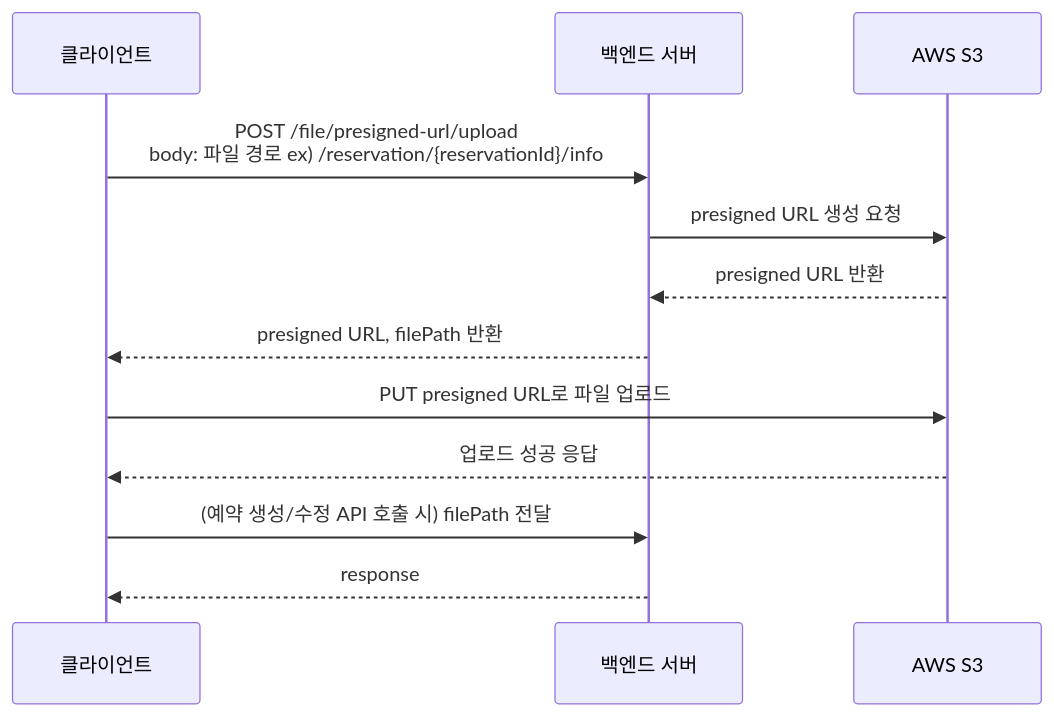
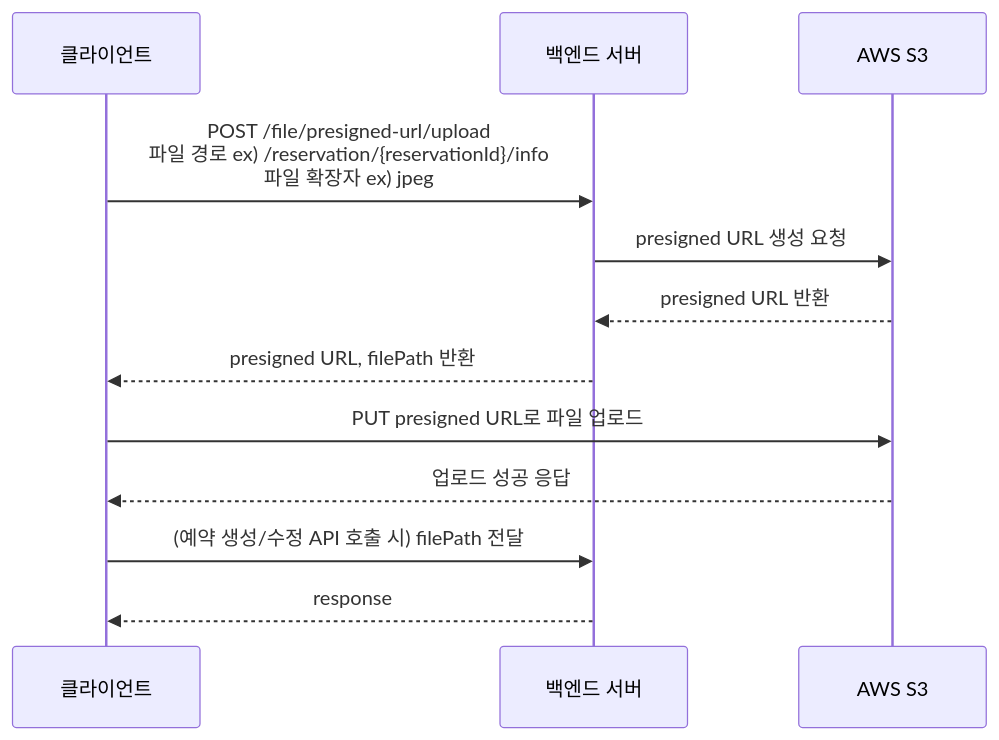
The first of 2 diagrams in docs/files.md (mash-up-kr/HGDGDS-Node), drawn with Mermaid before and after one commit. The commit also changed other lines of this file and 17 other files, not shown here.

````diff
--- a/docs/files.md
+++ b/docs/files.md
@@ -37,19 +37,19 @@
 ```mermaid
 
 sequenceDiagram
     participant Client as 클라이언트
     participant BE as 백엔드 서버
     participant S3 as AWS S3
 
     %% 업로드 플로우
-    Client->>BE: POST /file/presigned-url/upload <br/> body: 파일 경로 ex) /reservation/{reservationId}/info
+    Client->>BE: POST /file/presigned-url/upload <br/> 파일 경로 ex) /reservation/{reservationId}/info <br/> 파일 확장자 ex) jpeg
     BE->>S3: presigned URL 생성 요청
     S3-->>BE: presigned URL 반환
     BE-->>Client: presigned URL, filePath 반환
 
     Client->>S3: PUT presigned URL로 파일 업로드
     S3-->>Client: 업로드 성공 응답
 
     Client->>BE: (예약 생성/수정 API 호출 시) filePath 전달
     BE-->>Client: response
 ```
````
